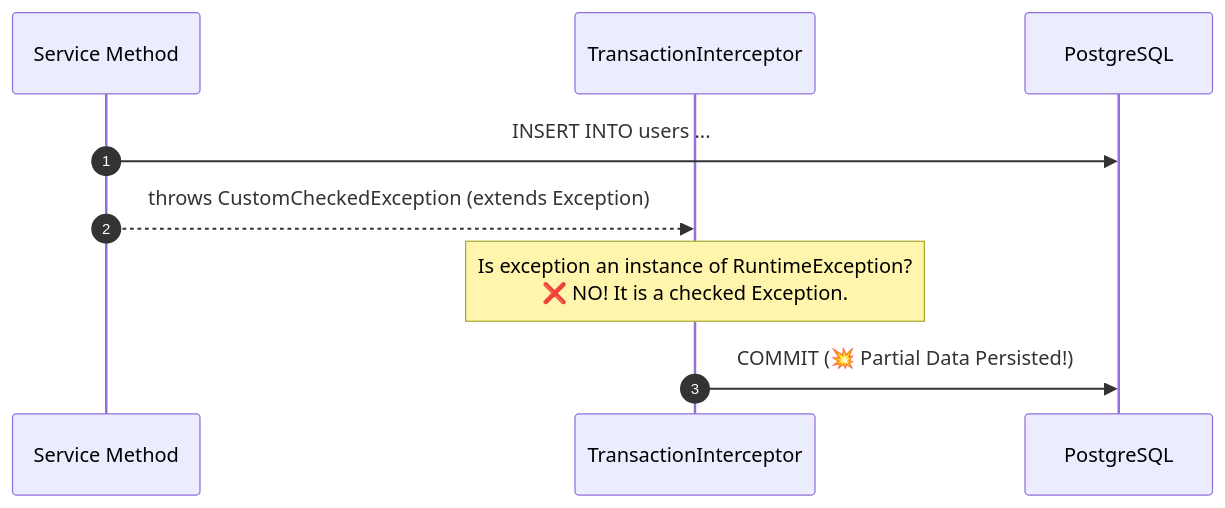
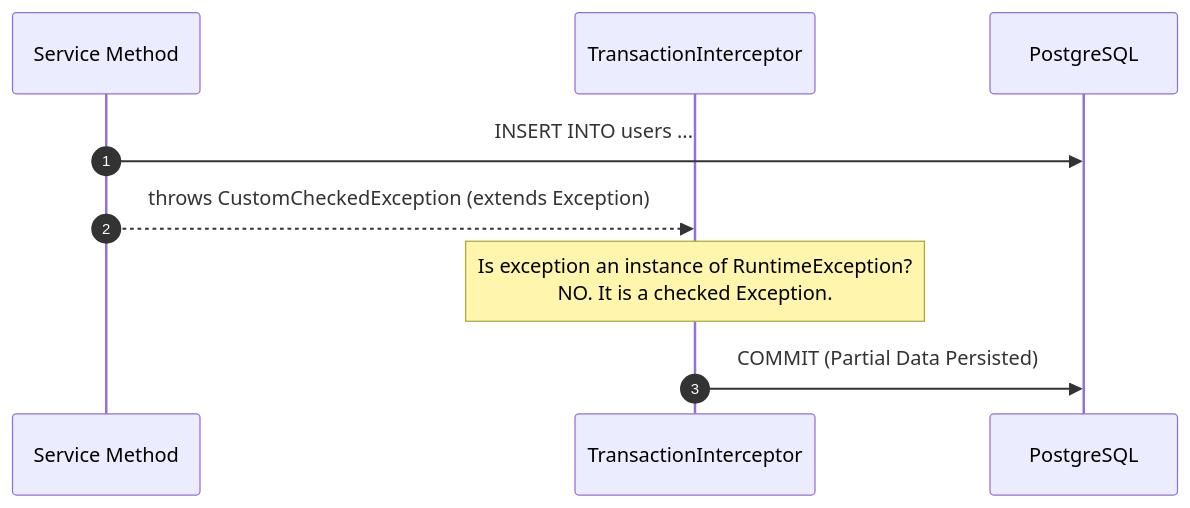
One commit to Rohit1024/spring-boot-mastery changed the second of 2 diagrams in docs/debugging/transaction-rollback-and-proxy-pitfalls.md. Above: the diagram before and after it, drawn with Mermaid. The commit also changed other lines of this file and 117 other files, not shown here.

````diff
--- a/docs/debugging/transaction-rollback-and-proxy-pitfalls.md
+++ b/docs/debugging/transaction-rollback-and-proxy-pitfalls.md
@@ -64,12 +63,12 @@
 ``` mermaid
 sequenceDiagram
     autonumber
     participant App as Service Method
     participant Interceptor as TransactionInterceptor
     participant DB as PostgreSQL
 
     App->>DB: INSERT INTO users ...
     App-->>Interceptor: throws CustomCheckedException (extends Exception)
-    Note over Interceptor: Is exception an instance of RuntimeException?<br/>❌ NO! It is a checked Exception.
-    Interceptor->>DB: COMMIT (💥 Partial Data Persisted!)
+    Note over Interceptor: Is exception an instance of RuntimeException?<br/>NO. It is a checked Exception.
+    Interceptor->>DB: COMMIT (Partial Data Persisted)
 ```
````
